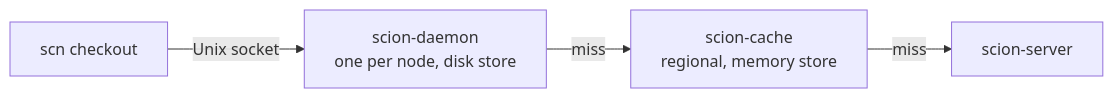
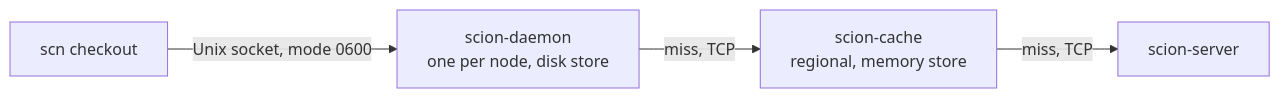
One commit to Performant-Labs/openscion changed the fourth of 4 diagrams in docs/architecture.md. Above: the diagram before and after it, drawn with Mermaid. The commit also changed other lines of this file and 25 other files, not shown here.

First line of the commit message:
Cache tiers: scion-cache and scion-daemon (#64)

````diff
--- a/docs/architecture.md
+++ b/docs/architecture.md
@@ -679,6 +686,6 @@
 ```mermaid
 flowchart LR
-    job["scn checkout"] -->|"Unix socket"| daemon["scion-daemon<br/>one per node, disk store"]
-    daemon -->|"miss"| cache["scion-cache<br/>regional, memory store"]
-    cache -->|"miss"| server["scion-server"]
+    job["scn checkout"] -->|"Unix socket, mode 0600"| daemon["scion-daemon<br/>one per node, disk store"]
+    daemon -->|"miss, TCP"| cache["scion-cache<br/>regional, memory store"]
+    cache -->|"miss, TCP"| server["scion-server"]
 ```
````
